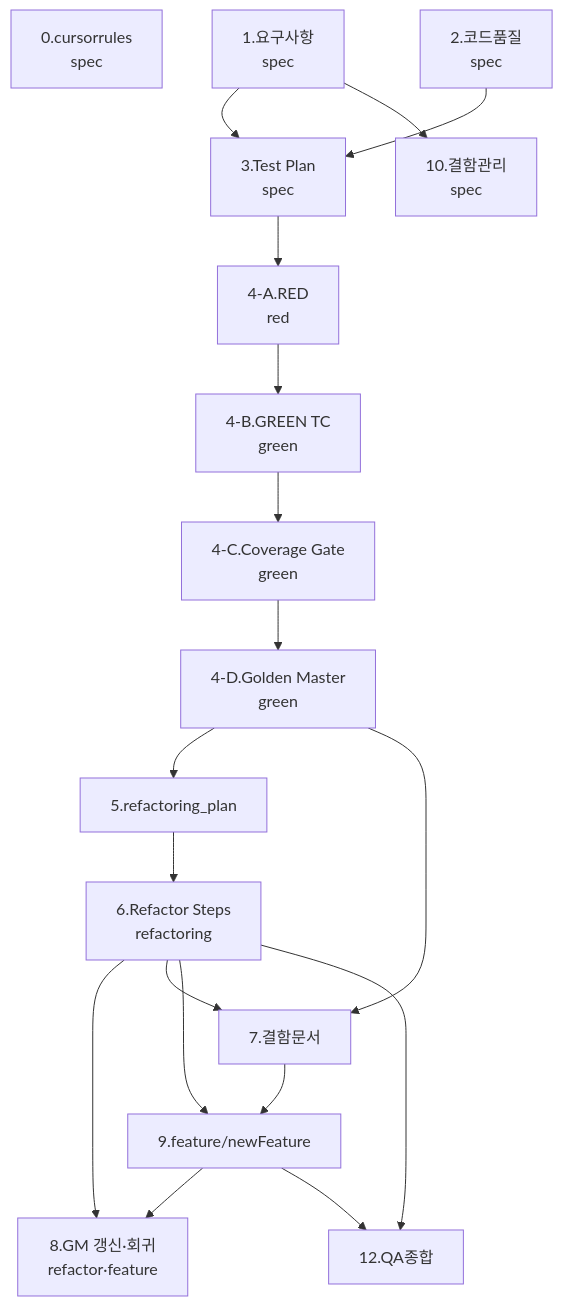
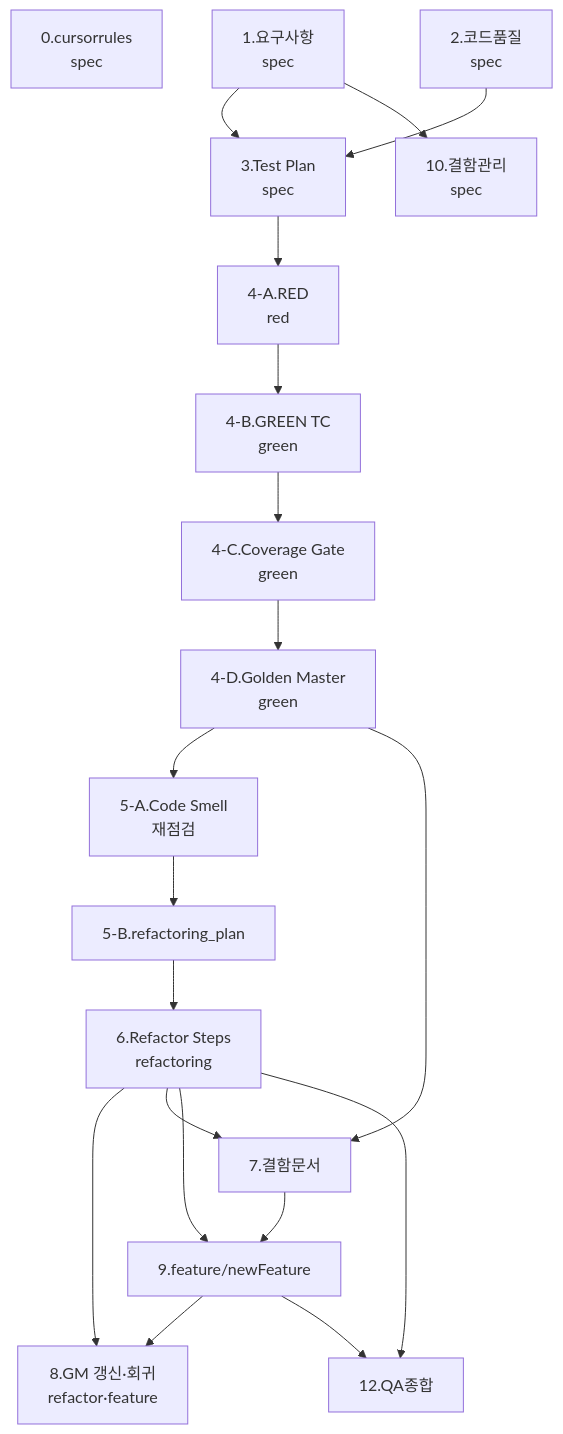
One commit to pjb5592/FeedbackAnalyzer_09 changed the second of 2 diagrams in prompt초안.md. Above: the diagram before and after it, drawn with Mermaid. The commit also changed other lines of this file and 86 other files, not shown here.

````diff
--- a/prompt초안.md
+++ b/prompt초안.md
@@ -567,23 +612,24 @@
 ```mermaid
 flowchart TD
     S0[0.cursorrules<br/>spec]
     S1[1.요구사항<br/>spec]
     S2[2.코드품질<br/>spec]
     S1 --> S3[3.Test Plan<br/>spec]
     S2 --> S3
     S3 --> R[4-A.RED<br/>red]
     R --> G[4-B.GREEN TC<br/>green]
     G --> GC[4-C.Coverage Gate<br/>green]
     GC --> GD[4-D.Golden Master<br/>green]
-    GD --> RP[5.refactoring_plan]
+    GD --> CS[5-A.Code Smell<br/>재점검]
+    CS --> RP[5-B.refactoring_plan]
     RP --> RF[6.Refactor Steps<br/>refactoring]
     RF --> GM8[8.GM 갱신·회귀<br/>refactor·feature]
     GD --> D7[7.결함문서]
     RF --> D7
     RF --> F9[9.feature/newFeature]
     F9 --> GM8
     D7 --> F9
     S1 --> S10[10.결함관리<br/>spec]
     RF --> S12[12.QA종합]
     F9 --> S12
 ```
````
